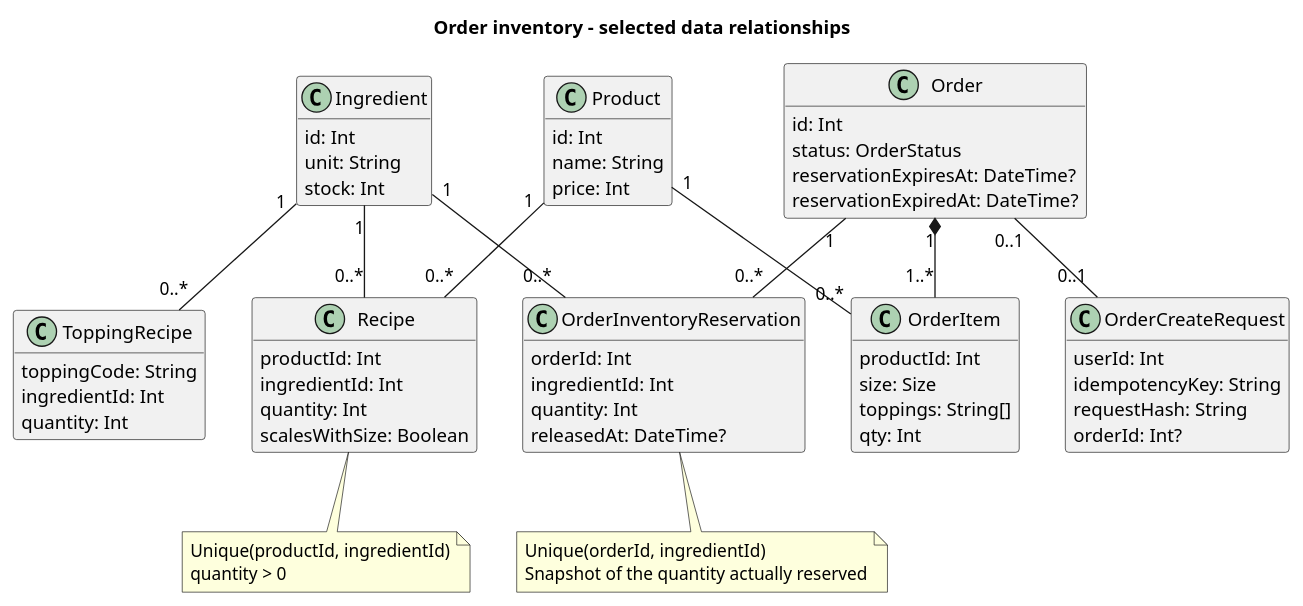
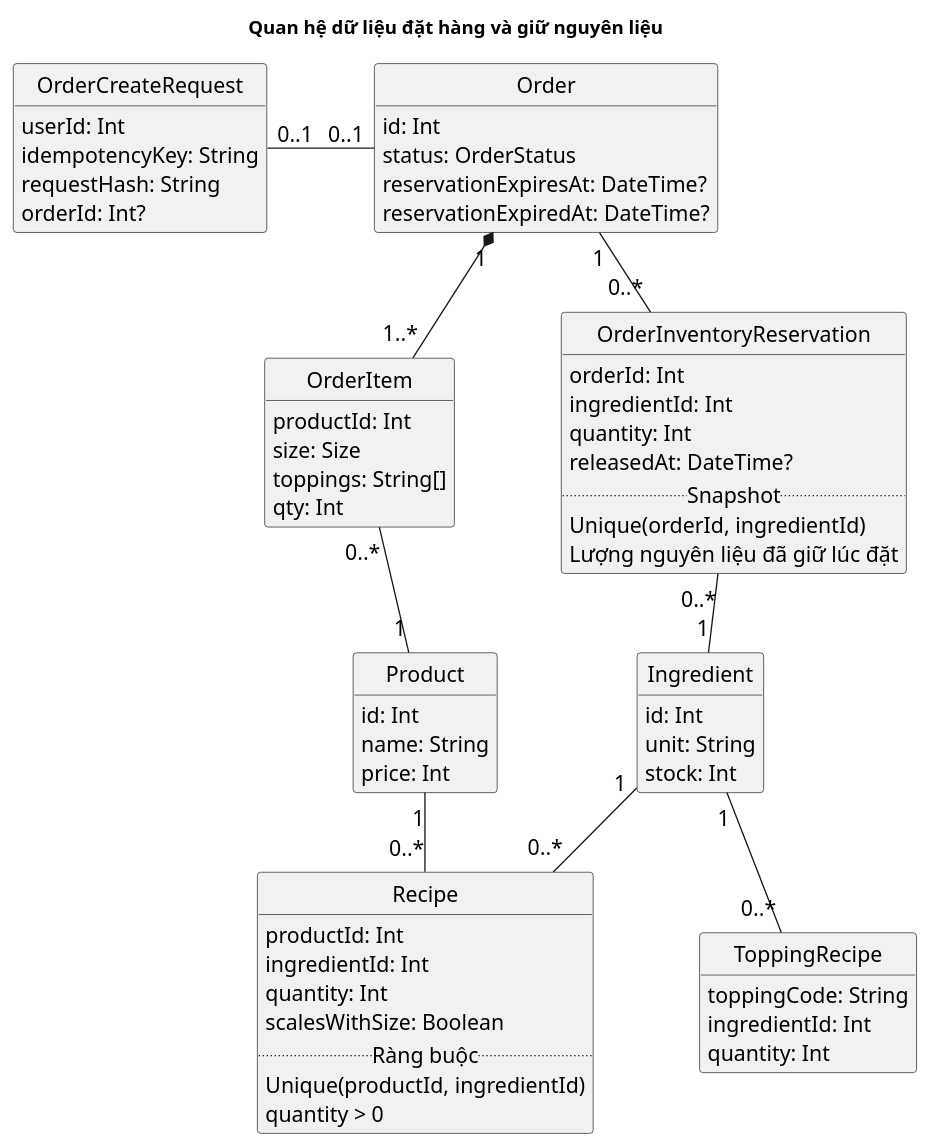
Before and after one commit to LLiang-g/SOFTWARE_ENGINEERING_BREWLITE: the diagram in docs/diagrams/inventory-relations.puml, drawn with PlantUML. The commit also changed 31 other files, not shown here.

```diff
--- a/docs/diagrams/inventory-relations.puml
+++ b/docs/diagrams/inventory-relations.puml
@@ -1,66 +1,76 @@
 @startuml
-title Order inventory - selected data relationships
+title Quan hệ dữ liệu đặt hàng và giữ nguyên liệu
+top to bottom direction
 hide methods
+hide circle
+skinparam backgroundColor white
+skinparam shadowing false
+skinparam defaultFontName Arial
+skinparam defaultFontSize 16
+skinparam linetype polyline
+skinparam nodesep 80
+skinparam ranksep 60
 skinparam classAttributeIconSize 0
 class Product {
  id: Int
  name: String
  price: Int
 }
 class Ingredient {
  id: Int
  unit: String
  stock: Int
 }
 class Recipe {
  productId: Int
  ingredientId: Int
  quantity: Int
  scalesWithSize: Boolean
+ .. Ràng buộc ..
+ Unique(productId, ingredientId)
+ quantity > 0
 }
 class ToppingRecipe {
  toppingCode: String
  ingredientId: Int
  quantity: Int
 }
 class Order {
  id: Int
  status: OrderStatus
  reservationExpiresAt: DateTime?
  reservationExpiredAt: DateTime?
 }
 class OrderItem {
  productId: Int
  size: Size
  toppings: String[]
  qty: Int
 }
 class OrderInventoryReservation {
  orderId: Int
  ingredientId: Int
  quantity: Int
  releasedAt: DateTime?
+ .. Snapshot ..
+ Unique(orderId, ingredientId)
+ Lượng nguyên liệu đã giữ lúc đặt
 }
 class OrderCreateRequest {
  userId: Int
  idempotencyKey: String
  requestHash: String
  orderId: Int?
 }
-Product "1" -- "0..*" Recipe
-Ingredient "1" -- "0..*" Recipe
-Ingredient "1" -- "0..*" ToppingRecipe
-Product "1" -- "0..*" OrderItem
-Order "1" *-- "1..*" OrderItem
-Order "1" -- "0..*" OrderInventoryReservation
-Ingredient "1" -- "0..*" OrderInventoryReservation
-Order "0..1" -- "0..1" OrderCreateRequest
-note bottom of Recipe
-Unique(productId, ingredientId)
-quantity > 0
-end note
-note bottom of OrderInventoryReservation
-Unique(orderId, ingredientId)
-Snapshot of the quantity actually reserved
-end note
+OrderCreateRequest "0..1" -right- "0..1" Order
+Order "1" *-down- "1..*" OrderItem
+Order "1" -down- "0..*" OrderInventoryReservation
+OrderItem "0..*" -down- "1" Product
+OrderInventoryReservation "0..*" -down- "1" Ingredient
+Product "1" -down- "0..*" Recipe
+Ingredient "1" -down- "0..*" Recipe
+Ingredient "1" -down- "0..*" ToppingRecipe
+OrderItem -[hidden]right- OrderInventoryReservation
+Product -[hidden]right- Ingredient
+Recipe -[hidden]right- ToppingRecipe
 @enduml
```
